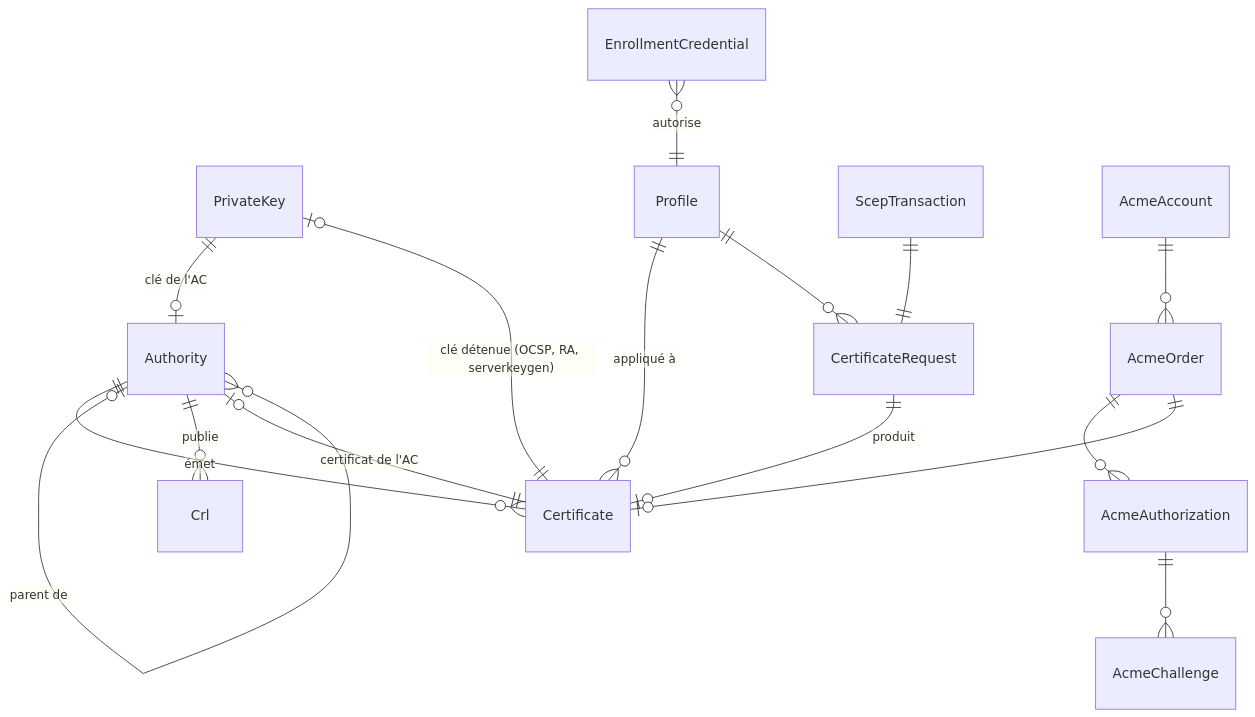
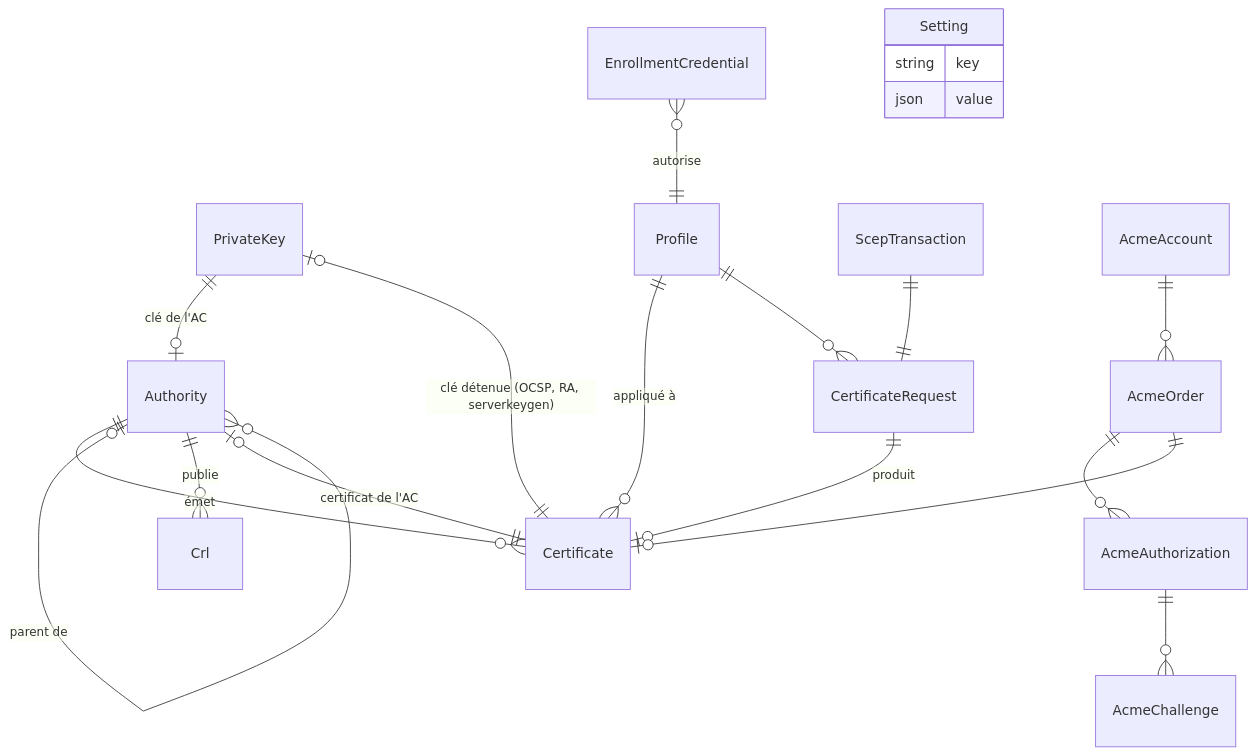
Before and after one commit to gilles67/h42-pki: the fourth of 6 diagrams in docs/ARCHITECTURE.md, drawn with Mermaid. The commit also changed other lines of this file and 18 other files, not shown here.

````diff
--- a/docs/ARCHITECTURE.md
+++ b/docs/ARCHITECTURE.md
@@ -131,18 +157,22 @@
 ```mermaid
 erDiagram
     PrivateKey ||--o| Authority : "clé de l'AC"
     Authority ||--o{ Certificate : émet
     Authority |o--o{ Authority : "parent de"
     Certificate ||--o| Authority : "certificat de l'AC"
     Profile ||--o{ Certificate : "appliqué à"
     CertificateRequest ||--o| Certificate : produit
     Profile ||--o{ CertificateRequest : ""
     Authority ||--o{ Crl : publie
     Certificate ||--o| PrivateKey : "clé détenue (OCSP, RA, serverkeygen)"
     EnrollmentCredential }o--|| Profile : "autorise"
     ScepTransaction ||--|| CertificateRequest : ""
     AcmeAccount ||--o{ AcmeOrder : ""
     AcmeOrder ||--o{ AcmeAuthorization : ""
     AcmeAuthorization ||--o{ AcmeChallenge : ""
     AcmeOrder ||--o| Certificate : ""
+    Setting {
+        string key
+        json value
+    }
 ```
````
